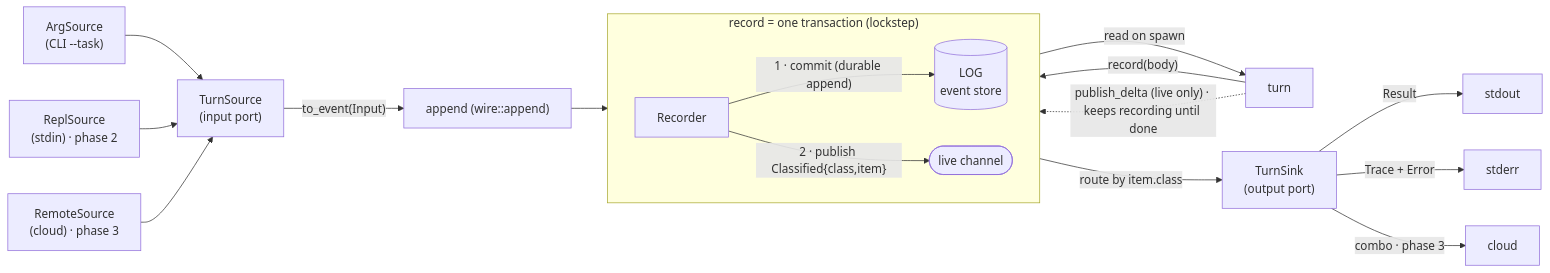
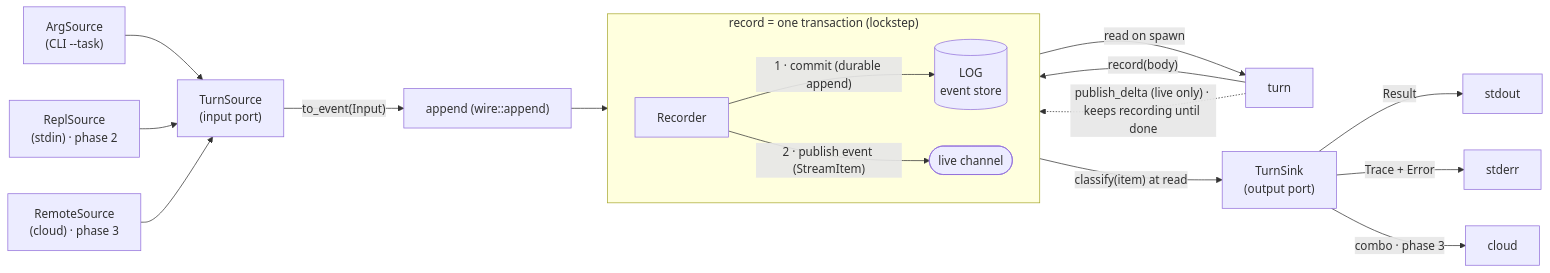
Before and after one commit to qtpi-bonding/gait: the first of 3 diagrams in gait-rs/docs/specs/2026-06-13-turn-io-ports.diagram.md, drawn with Mermaid. The commit also changed other lines of this file and 10 other files, not shown here.

````diff
--- a/gait-rs/docs/specs/2026-06-13-turn-io-ports.diagram.md
+++ b/gait-rs/docs/specs/2026-06-13-turn-io-ports.diagram.md
@@ -11,29 +11,29 @@
 ```mermaid
 flowchart LR
     ARG["ArgSource<br/>(CLI --task)"]
     REPL_IN["ReplSource<br/>(stdin) · phase 2"]
     REMOTE_IN["RemoteSource<br/>(cloud) · phase 3"]
 
     ARG --> SRC
     REPL_IN --> SRC
     REMOTE_IN --> SRC
 
     SRC["TurnSource<br/>(input port)"] -->|"to_event(Input)"| APPEND["append (wire::append)"]
     APPEND --> LOG[("LOG<br/>event store")]
     LOG -->|"read on spawn"| TURN["turn"]
 
     TURN -->|"record(body)"| REC["Recorder"]
 
     subgraph TX["record = one transaction (lockstep)"]
         direction LR
         REC -->|"1 · commit (durable append)"| LOG
-        REC -->|"2 · publish Classified{class,item}"| CH(["live channel"])
+        REC -->|"2 · publish event (StreamItem)"| CH(["live channel"])
     end
 
-    CH -->|"route by item.class"| SINK["TurnSink<br/>(output port)"]
+    CH -->|"classify(item) at read"| SINK["TurnSink<br/>(output port)"]
     SINK -->|"Result"| OUT_STD["stdout"]
     SINK -->|"Trace + Error"| OUT_ERR["stderr"]
     SINK -->|"combo · phase 3"| OUT_CLOUD["cloud"]
 
     TURN -. "publish_delta (live only) · keeps recording until done" .-> REC
 ```
````
